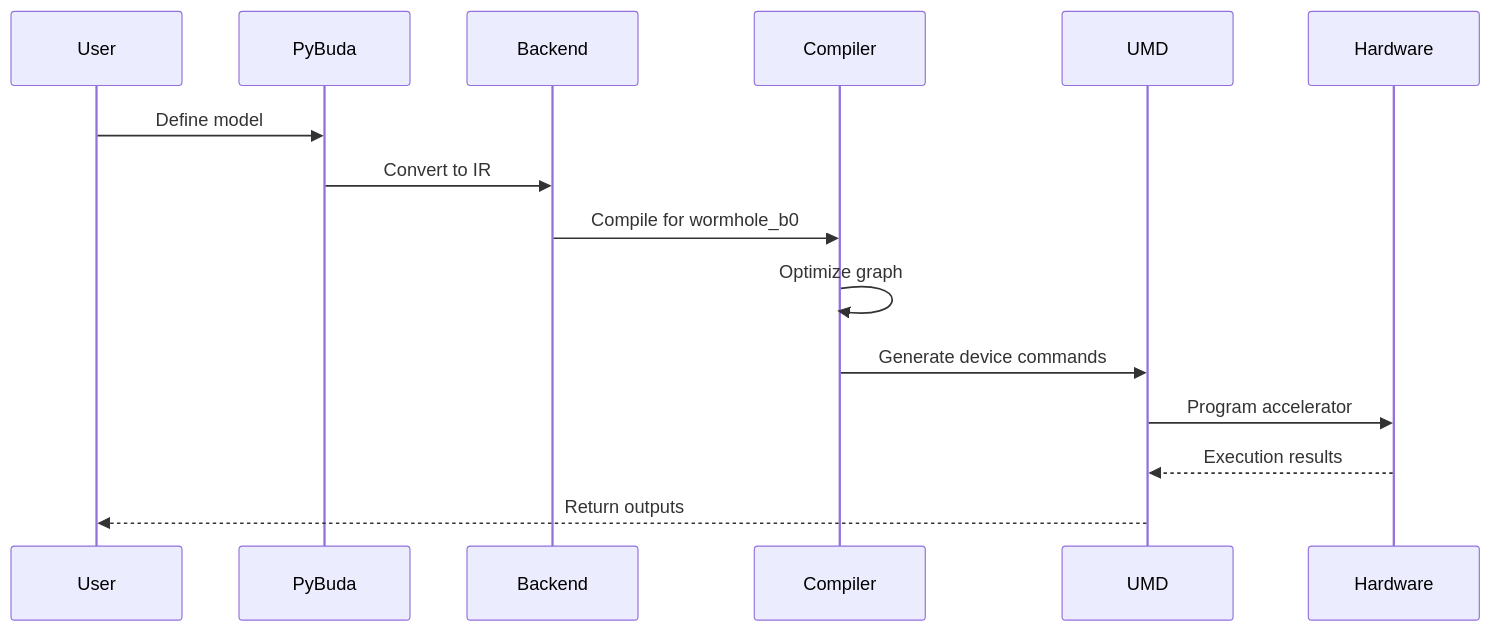
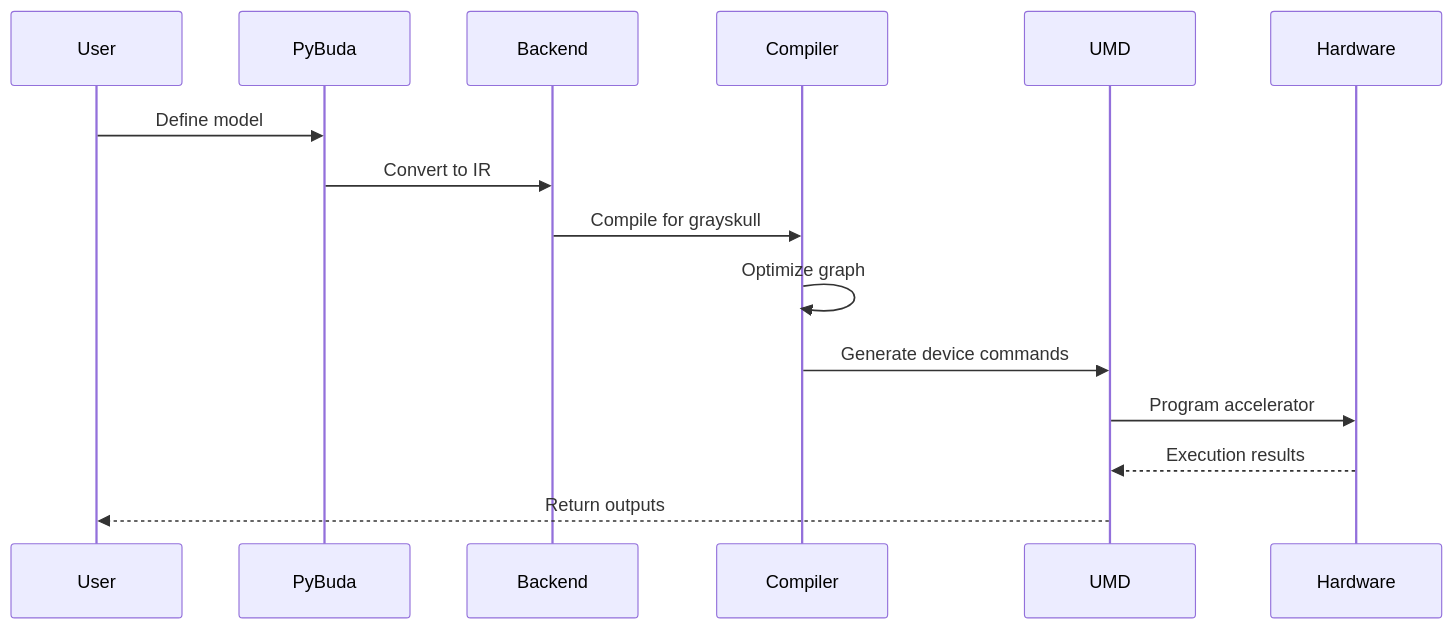
One commit to danindiana/tt-wormhole-e75-container changed the third of 7 diagrams in ARCHITECTURE.md. Above: the diagram before and after it, drawn with Mermaid. The commit also changed other lines of this file and 28 other files, not shown here.

````diff
--- a/ARCHITECTURE.md
+++ b/ARCHITECTURE.md
@@ -146,18 +146,18 @@
 ```mermaid
 sequenceDiagram
     participant User
     participant PyBuda
     participant Backend
     participant Compiler
     participant UMD
     participant Hardware
 
     User->>PyBuda: Define model
     PyBuda->>Backend: Convert to IR
-    Backend->>Compiler: Compile for wormhole_b0
+    Backend->>Compiler: Compile for grayskull
     Compiler->>Compiler: Optimize graph
     Compiler->>UMD: Generate device commands
     UMD->>Hardware: Program accelerator
     Hardware-->>UMD: Execution results
     UMD-->>User: Return outputs
 ```
````
